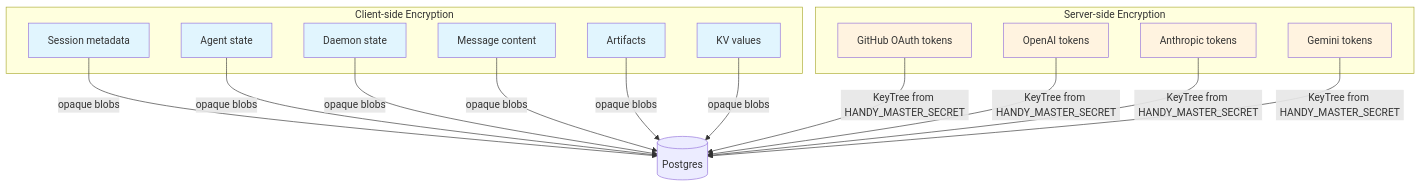
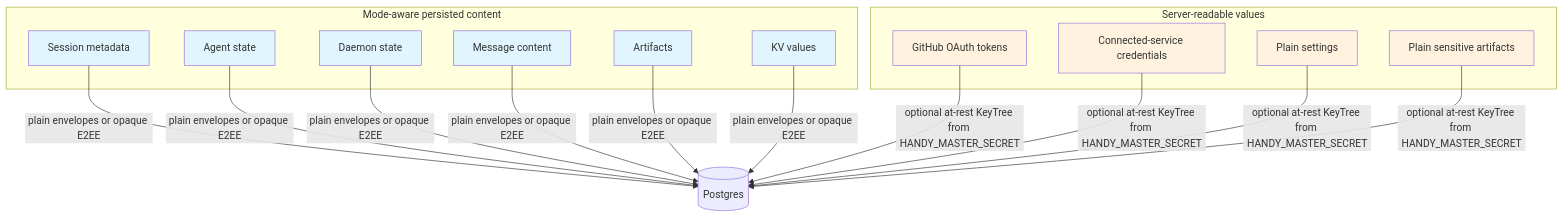
One commit to happier-dev/happier changed the ninth of 9 diagrams in docs/backend-architecture.md. Above: the diagram before and after it, drawn with Mermaid. The commit also changed other lines of this file and 36 other files, not shown here.

````diff
--- a/docs/backend-architecture.md
+++ b/docs/backend-architecture.md
@@ -343,32 +345,32 @@
 ```mermaid
 graph TB
-    subgraph "Client-side Encryption"
+    subgraph "Mode-aware persisted content"
         C1[Session metadata]
         C2[Agent state]
         C3[Daemon state]
         C4[Message content]
         C5[Artifacts]
         C6[KV values]
     end
 
-    subgraph "Server-side Encryption"
+    subgraph "Server-readable values"
         S1[GitHub OAuth tokens]
-        S2[OpenAI tokens]
-        S3[Anthropic tokens]
-        S4[Gemini tokens]
+        S2[Connected-service credentials]
+        S3[Plain settings]
+        S4[Plain sensitive artifacts]
     end
 
-    C1 & C2 & C3 & C4 & C5 & C6 --> |opaque blobs| DB[(Postgres)]
-    S1 & S2 & S3 & S4 --> |KeyTree from HANDY_MASTER_SECRET| DB
+    C1 & C2 & C3 & C4 & C5 & C6 --> |plain envelopes or opaque E2EE| DB[(Postgres)]
+    S1 & S2 & S3 & S4 --> |optional at-rest KeyTree from HANDY_MASTER_SECRET| DB
 
     style C1 fill:#e1f5fe
     style C2 fill:#e1f5fe
     style C3 fill:#e1f5fe
     style C4 fill:#e1f5fe
     style C5 fill:#e1f5fe
     style C6 fill:#e1f5fe
     style S1 fill:#fff3e0
     style S2 fill:#fff3e0
     style S3 fill:#fff3e0
     style S4 fill:#fff3e0
 ```
````
